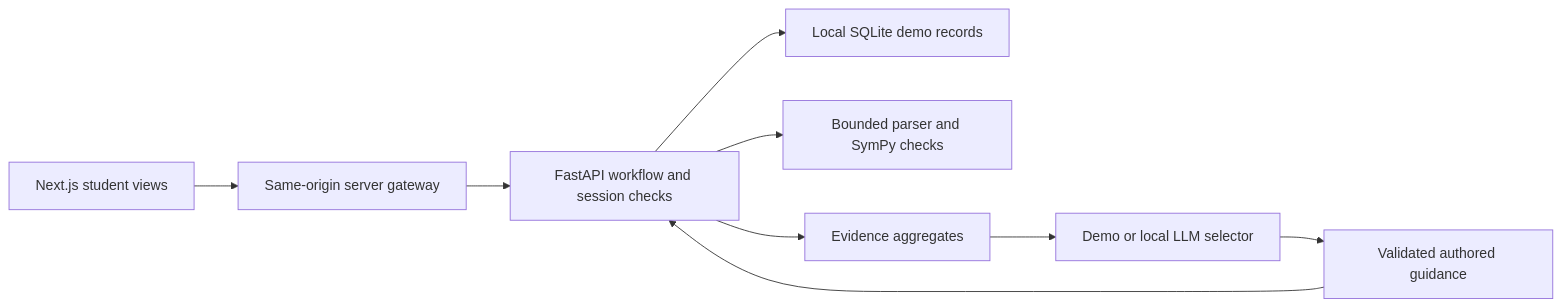
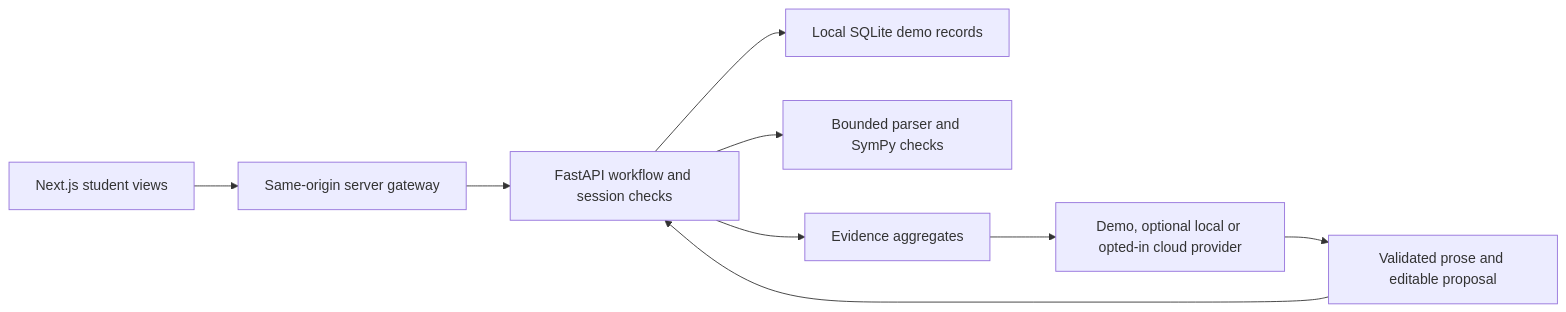
The diagram in docs/student-architecture.md (Zhunussov/teacherlens), drawn with Mermaid before and after one commit. The commit also changed other lines of this file and 16 other files, not shown here.

````diff
--- a/docs/student-architecture.md
+++ b/docs/student-architecture.md
@@ -5,11 +5,11 @@
 ```mermaid
 flowchart LR
     A[Next.js student views] --> B[Same-origin server gateway]
     B --> C[FastAPI workflow and session checks]
     C --> D[Local SQLite demo records]
     C --> E[Bounded parser and SymPy checks]
     C --> F[Evidence aggregates]
-    F --> G[Demo or local LLM selector]
-    G --> H[Validated authored guidance]
+    F --> G[Demo, optional local or opted-in cloud provider]
+    G --> H[Validated prose and editable proposal]
     H --> C
 ```
````
